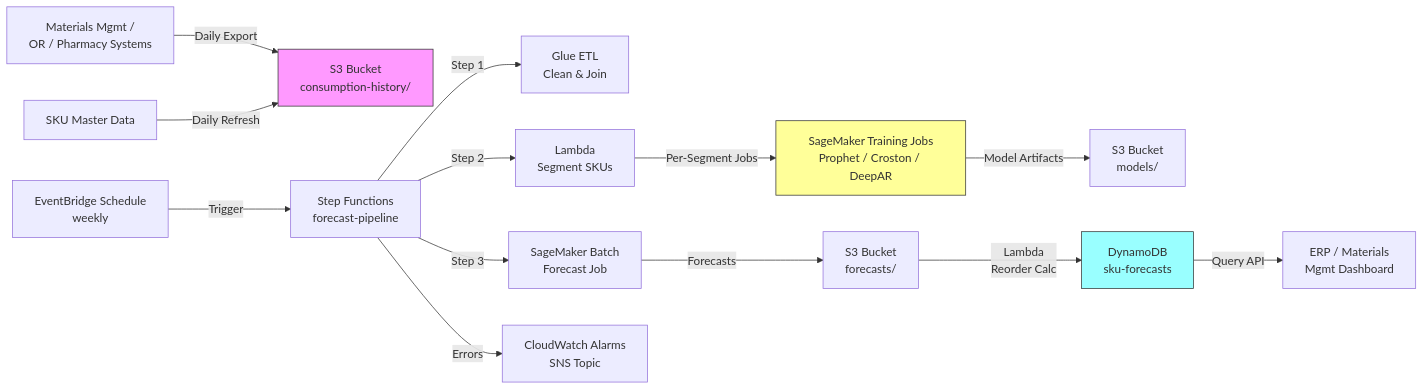
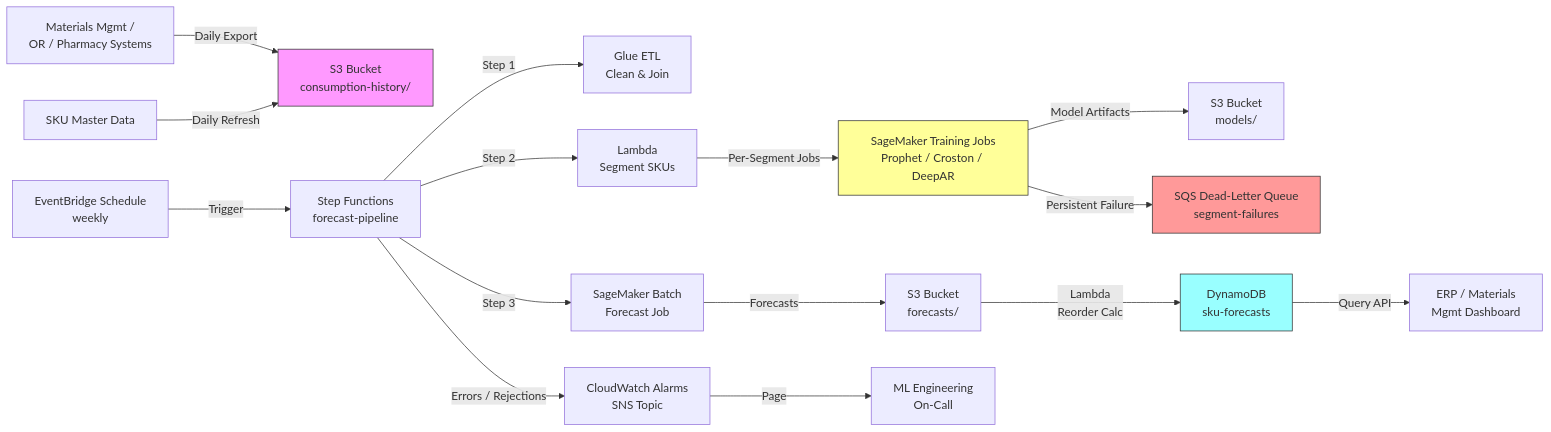
Before and after one commit to ccrngd1/HCLS-ai-book: the diagram in chapter12.02-architecture.md, drawn with Mermaid. The commit also changed other lines of this file and 3 other files, not shown here.

````diff
--- a/chapter12.02-architecture.md
+++ b/chapter12.02-architecture.md
@@ -27,19 +27,22 @@
 ```mermaid
 flowchart LR
     A[Materials Mgmt /<br/>OR / Pharmacy Systems] -->|Daily Export| B[S3 Bucket<br/>consumption-history/]
     M[SKU Master Data]    -->|Daily Refresh| B
     C[EventBridge Schedule<br/>weekly] -->|Trigger| D[Step Functions<br/>forecast-pipeline]
     D -->|Step 1| E1[Glue ETL<br/>Clean & Join]
     D -->|Step 2| E2[Lambda<br/>Segment SKUs]
     E2 -->|Per-Segment Jobs| F[SageMaker Training Jobs<br/>Prophet / Croston / DeepAR]
     F -->|Model Artifacts| G[S3 Bucket<br/>models/]
+    F -->|Persistent Failure| DLQ[SQS Dead-Letter Queue<br/>segment-failures]
     D -->|Step 3| H[SageMaker Batch<br/>Forecast Job]
     H -->|Forecasts| I[S3 Bucket<br/>forecasts/]
     I -->|Lambda<br/>Reorder Calc| J[DynamoDB<br/>sku-forecasts]
     J -->|Query API| K[ERP / Materials<br/>Mgmt Dashboard]
-    D -->|Errors| L[CloudWatch Alarms<br/>SNS Topic]
+    D -->|Errors / Rejections| L[CloudWatch Alarms<br/>SNS Topic]
+    L -->|Page| ML[ML Engineering<br/>On-Call]
 
     style B fill:#f9f,stroke:#333
     style F fill:#ff9,stroke:#333
     style J fill:#9ff,stroke:#333
+    style DLQ fill:#f99,stroke:#333
 ```
````
